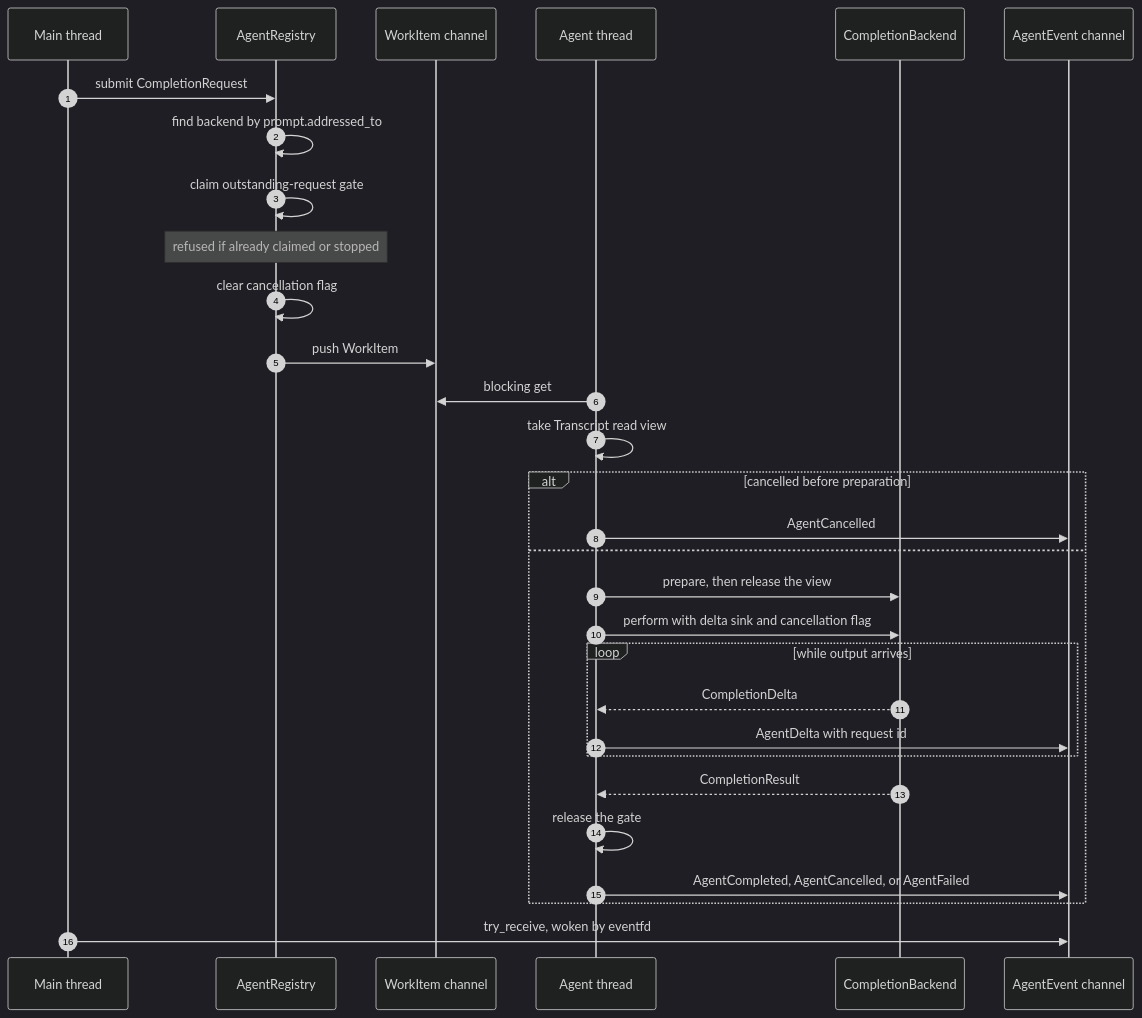
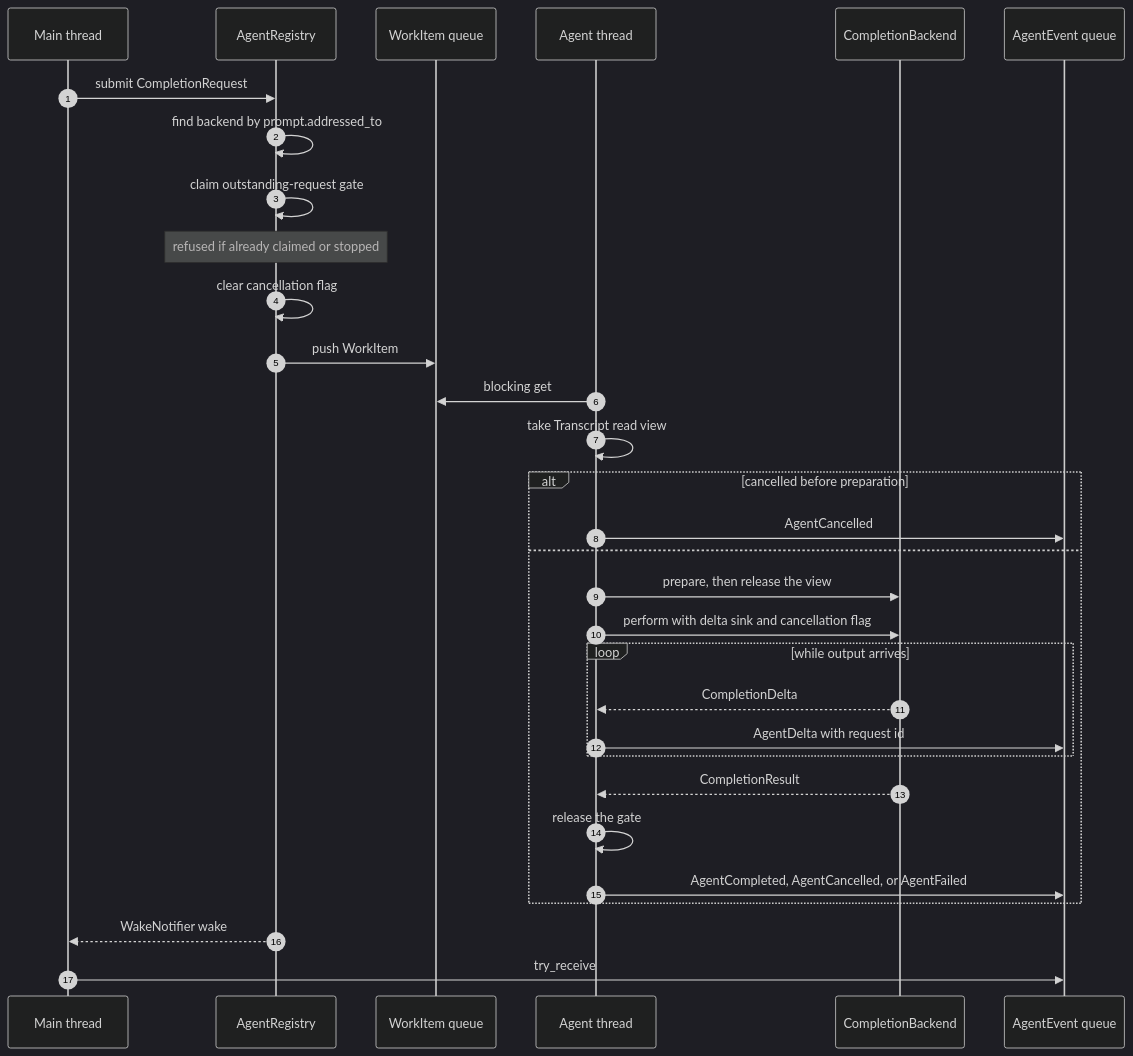
One commit to michaelpopov/cha changed the second of 4 diagrams in src/agents/README.md. Above: the diagram before and after it, drawn with Mermaid (dark theme). The commit also changed other lines of this file and 39 other files, not shown here.

````diff
--- a/src/agents/README.md
+++ b/src/agents/README.md
@@ -78,33 +78,34 @@
 ```mermaid
 sequenceDiagram
     autonumber
     participant M as Main thread
     participant R as AgentRegistry
-    participant Q as WorkItem channel
+    participant Q as WorkItem queue
     participant W as Agent thread
     participant B as CompletionBackend
-    participant E as AgentEvent channel
+    participant E as AgentEvent queue
 
     M->>R: submit CompletionRequest
     R->>R: find backend by prompt.addressed_to
     R->>R: claim outstanding-request gate
     Note over R: refused if already claimed or stopped
     R->>R: clear cancellation flag
     R->>Q: push WorkItem
     W->>Q: blocking get
     W->>W: take Transcript read view
     alt cancelled before preparation
         W->>E: AgentCancelled
     else
         W->>B: prepare, then release the view
         W->>B: perform with delta sink and cancellation flag
         loop while output arrives
             B-->>W: CompletionDelta
             W->>E: AgentDelta with request id
         end
         B-->>W: CompletionResult
         W->>W: release the gate
         W->>E: AgentCompleted, AgentCancelled, or AgentFailed
     end
-    M->>E: try_receive, woken by eventfd
+    R-->>M: WakeNotifier wake
+    M->>E: try_receive
 ```
````
